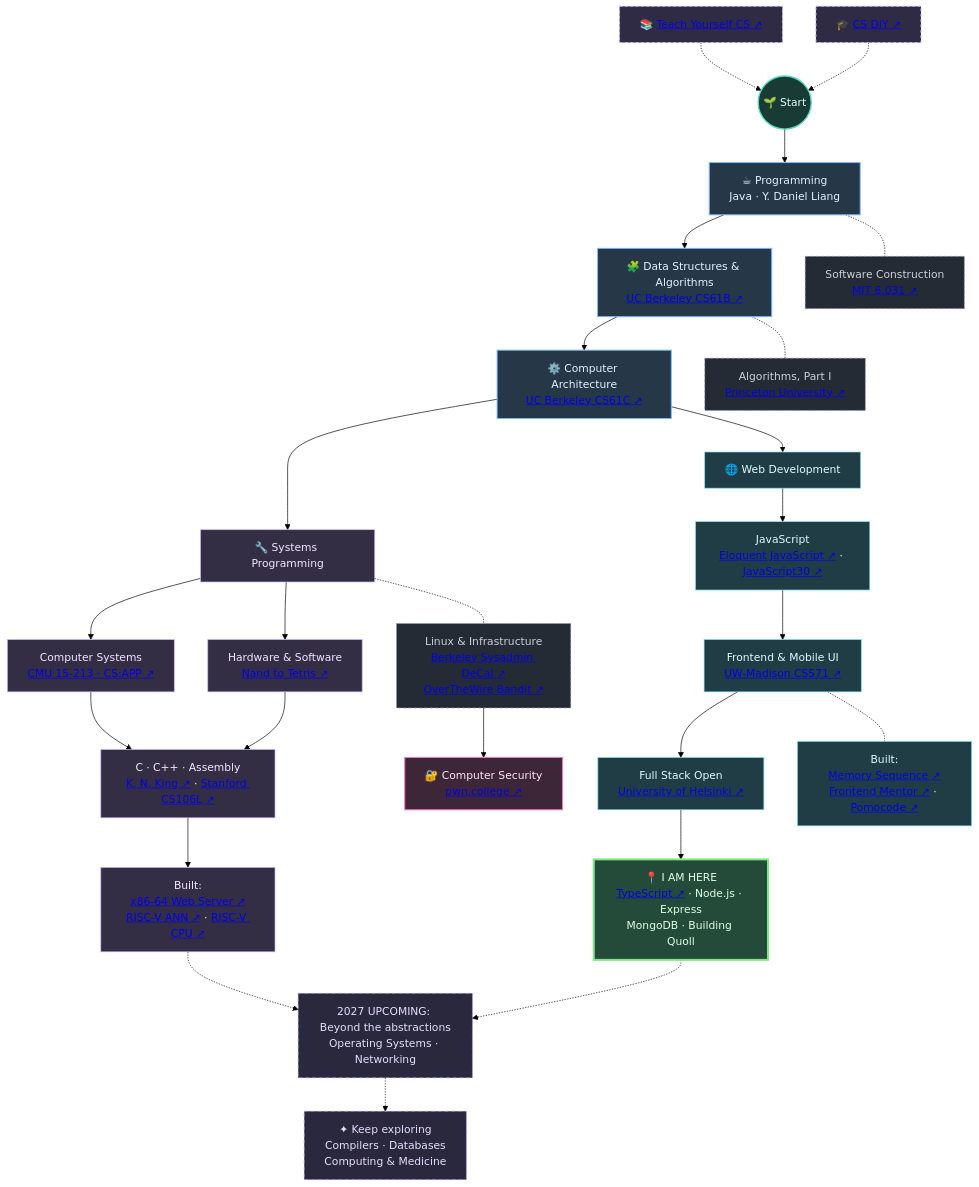
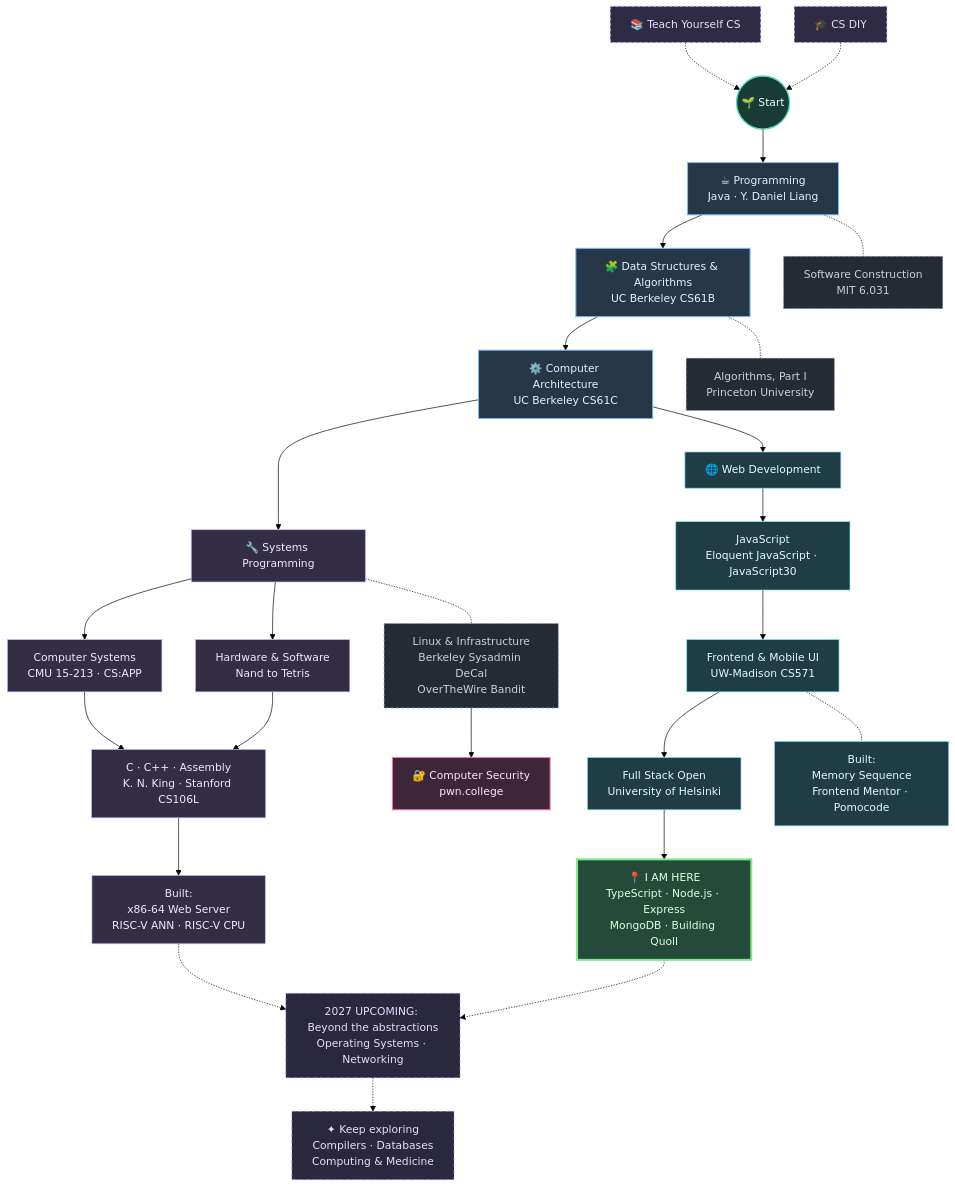
Before and after one commit to HsHs-dev/HsHs-dev: the diagram in README.md, drawn with Mermaid (forest theme).

````diff
--- a/README.md
+++ b/README.md
@@ -93,55 +93,72 @@
 ```mermaid
 flowchart TD
-    TCS["📚 <a href='https://teachyourselfcs.com/'>Teach Yourself CS ↗</a>"]
-    DIY["🎓 <a href='https://csdiy.wiki/en/'>CS DIY ↗</a>"]
+    TCS["📚 Teach Yourself CS"]
+    DIY["🎓 CS DIY"]
 
     TCS -.-> START(("🌱 Start"))
     DIY -.-> START
 
     START --> JAVA["☕ Programming<br/>Java · Y. Daniel Liang"]
 
-    JAVA --> DSA["🧩 Data Structures & Algorithms<br/><a href='https://github.com/HsHs-dev/UCB-CS61B'>UC Berkeley CS61B ↗</a>"]
+    JAVA --> DSA["🧩 Data Structures & Algorithms<br/>UC Berkeley CS61B"]
+    DSA --> ARCH["⚙️ Computer Architecture<br/>UC Berkeley CS61C"]
 
-    DSA --> ARCH["⚙️ Computer Architecture<br/><a href='https://github.com/HsHs-dev/UCB-CS61C'>UC Berkeley CS61C ↗</a>"]
-
-    JAVA -.- SE["Software Construction<br/><a href='https://github.com/HsHs-dev/MIT-Software-Construction-6.031'>MIT 6.031 ↗</a>"]
-
-    DSA -.- ALG["Algorithms, Part I<br/><a href='https://github.com/HsHs-dev/Algorithms'>Princeton University ↗</a>"]
+    JAVA -.- SE["Software Construction<br/>MIT 6.031"]
+    DSA -.- ALG["Algorithms, Part I<br/>Princeton University"]
 
     ARCH --> SYSTEMS["🔧 Systems Programming"]
     ARCH --> WEB["🌐 Web Development"]
 
-    SYSTEMS --> CSAPP["Computer Systems<br/><a href='https://github.com/HsHs-dev/ICS-15-213-2015'>CMU 15-213 · CS:APP ↗</a>"]
+    SYSTEMS --> CSAPP["Computer Systems<br/>CMU 15-213 · CS:APP"]
+    SYSTEMS --> N2T["Hardware & Software<br/>Nand to Tetris"]
 
-    SYSTEMS --> N2T["Hardware & Software<br/><a href='https://github.com/HsHs-dev/From-Nand-to-Tetris'>Nand to Tetris ↗</a>"]
-
-    CSAPP --> LOW["C · C++ · Assembly<br/><a href='https://github.com/HsHs-dev/C-Programming-A-Modern-Approach'>K. N. King ↗</a> · <a href='https://github.com/HsHs-dev/Stanford-CS106L'>Stanford CS106L ↗</a>"]
-
+    CSAPP --> LOW["C · C++ · Assembly<br/>K. N. King · Stanford CS106L"]
     N2T --> LOW
 
-    LOW --> SYSP["Built:<br/><a href='https://github.com/HsHs-dev/x86-64-webserver'>x86-64 Web Server ↗</a><br/><a href='https://github.com/HsHs-dev/RISCV-ANN'>RISC-V ANN ↗</a> · <a href='https://github.com/HsHs-dev/UCB-CS61C/tree/main/Project/proj3'>RISC-V CPU ↗</a>"]
+    LOW --> SYSP["Built:<br/>x86-64 Web Server<br/>RISC-V ANN · RISC-V CPU"]
 
-    SYSTEMS -.- LINUX["Linux & Infrastructure<br/><a href='https://github.com/HsHs-dev/SysadminDeCal'>Berkeley Sysadmin DeCal ↗</a><br/><a href='https://github.com/HsHs-dev/overthewire-bandit'>OverTheWire Bandit ↗</a>"]
+    SYSTEMS -.- LINUX["Linux & Infrastructure<br/>Berkeley Sysadmin DeCal<br/>OverTheWire Bandit"]
+    LINUX --> SECURITY["🔐 Computer Security<br/>pwn.college"]
 
-    LINUX --> SECURITY["🔐 Computer Security<br/><a href='https://pwn.college/hacker/hshs-dev'>pwn.college ↗</a>"]
+    WEB --> JS["JavaScript<br/>Eloquent JavaScript · JavaScript30"]
+    JS --> UI["Frontend & Mobile UI<br/>UW-Madison CS571"]
+    UI --> FSO["Full Stack Open<br/>University of Helsinki"]
 
-    click SECURITY "https://pwn.college/hacker/hshs-dev" "Explore my pwn.college profile" _blank
+    UI -.- WEBP["Built:<br/>Memory Sequence<br/>Frontend Mentor · Pomocode"]
 
-    WEB --> JS["JavaScript<br/><a href='https://eloquentjavascript.net/'>Eloquent JavaScript ↗</a> · <a href='https://github.com/HsHs-dev/javascript30'>JavaScript30 ↗</a>"]
-
-    JS --> UI["Frontend & Mobile UI<br/><a href='https://github.com/HsHs-dev/UW-Madison-CS571'>UW-Madison CS571 ↗</a>"]
-
-    UI --> FSO["Full Stack Open<br/><a href='https://github.com/HsHs-dev/fullstack-open'>University of Helsinki ↗</a>"]
-
-    UI -.- WEBP["Built:<br/><a href='https://github.com/HsHs-dev/react-memory-game'>Memory Sequence ↗</a><br/><a href='https://github.com/HsHs-dev/frontend-mentors-challenges-gallery'>Frontend Mentor ↗</a> · <a href='https://github.com/HsHs-dev/pomocode'>Pomocode ↗</a>"]
-
-    FSO --> NOW["📍 I AM HERE<br/><a href='https://github.com/HsHs-dev/Typescript-Full-Stack-Open'>TypeScript ↗</a> · Node.js · Express<br/>MongoDB · Building Quoll"]
+    FSO --> NOW["📍 I AM HERE<br/>TypeScript · Node.js · Express<br/>MongoDB · Building Quoll"]
 
     SYSP -.-> NEXT["2027 UPCOMING: Beyond the abstractions<br/>Operating Systems · Networking"]
     NOW -.-> NEXT
 
     NEXT -.-> FUTURE["✦ Keep exploring<br/>Compilers · Databases<br/>Computing & Medicine"]
 
+    %% Clickable nodes
+    click TCS "https://teachyourselfcs.com/" "Explore Teach Yourself CS" _blank
+    click DIY "https://csdiy.wiki/en/" "Explore CS DIY" _blank
+
+    click JAVA "https://github.com/HsHs-dev/java-hangman" "A small Java project from my early programming journey" _blank
+    click DSA "https://github.com/HsHs-dev/UCB-CS61B" "View my CS61B coursework" _blank
+    click ARCH "https://github.com/HsHs-dev/UCB-CS61C" "View my CS61C coursework" _blank
+    click SE "https://github.com/HsHs-dev/MIT-Software-Construction-6.031" "View my MIT 6.031 coursework" _blank
+    click ALG "https://github.com/HsHs-dev/Algorithms" "View my Princeton Algorithms coursework" _blank
+
+    click SYSTEMS "https://github.com/HsHs-dev/x86-64-webserver" "Explore my systems programming work" _blank
+    click CSAPP "https://github.com/HsHs-dev/ICS-15-213-2015" "View my CS:APP coursework" _blank
+    click N2T "https://github.com/HsHs-dev/From-Nand-to-Tetris" "View my Nand to Tetris work" _blank
+    click LOW "https://github.com/HsHs-dev/Stanford-CS106L" "View my C/C++ learning path" _blank
+    click SYSP "https://github.com/HsHs-dev/x86-64-webserver" "Explore my systems projects" _blank
+    click LINUX "https://github.com/HsHs-dev/SysadminDeCal" "View my Linux & infrastructure coursework" _blank
+    click SECURITY "https://pwn.college/hacker/hshs-dev" "Explore my pwn.college profile" _blank
+
+    click WEB "https://github.com/HsHs-dev/UW-Madison-CS571" "Explore my web development learning" _blank
+    click JS "https://github.com/HsHs-dev/javascript30" "View my JavaScript practice" _blank
+    click UI "https://github.com/HsHs-dev/UW-Madison-CS571" "View my frontend coursework" _blank
+    click FSO "https://github.com/HsHs-dev/fullstack-open" "View my Full Stack Open coursework" _blank
+    click WEBP "https://github.com/HsHs-dev/react-memory-game" "Explore my web projects" _blank
+    click NOW "https://github.com/HsHs-dev/Typescript-Full-Stack-Open" "See where I am now" _blank
+
+    %% Styles
     classDef guide fill:#302B44,stroke:#C4B5FD,color:#E9DDFF,stroke-width:1.5px,stroke-dasharray:4 4
     classDef start fill:#193B36,stroke:#56D8BE,color:#E6FFF8,stroke-width:2px
     classDef core fill:#263748,stroke:#79B8FF,color:#E6F1FF,stroke-width:1.5px
````
